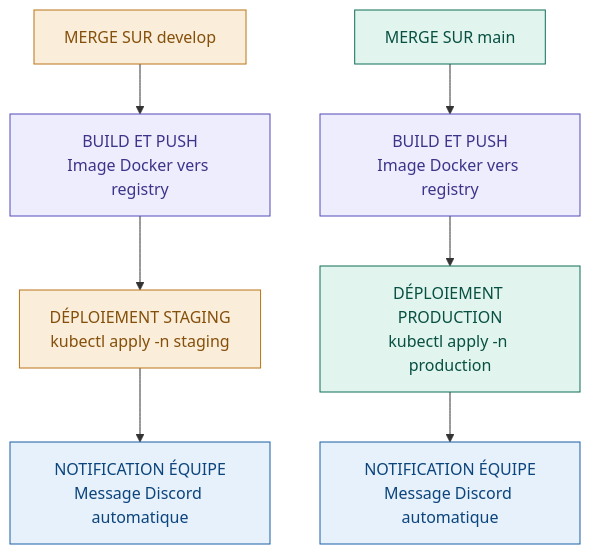
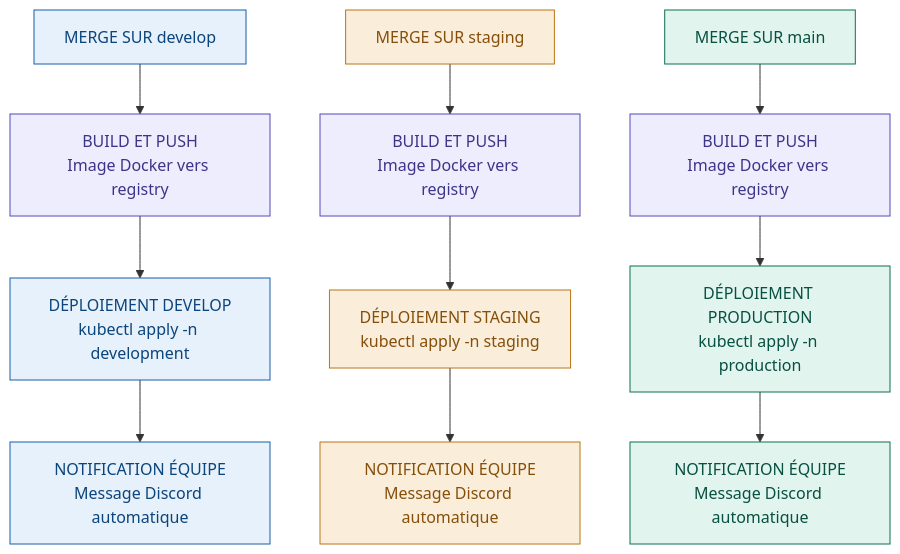
One commit to Collectionr/collectionr_epitech changed the third of 4 diagrams in docs/devops/D02-cicd.md. Above: the diagram before and after it, drawn with Mermaid. The commit also changed other lines of this file, not shown here.

Commit message:
:memo: chore: modification des schéma et rôles

````diff
--- a/docs/devops/D02-cicd.md
+++ b/docs/devops/D02-cicd.md
@@ -274,18 +280,25 @@
 ```mermaid
 graph TD
     Merge["MERGE SUR develop"] --> Build["BUILD ET PUSH\nImage Docker vers registry"]
-    Merge2["MERGE SUR main"] --> Build2["BUILD ET PUSH\nImage Docker vers registry"]
-    Build --> Staging["DÉPLOIEMENT STAGING\nkubectl apply -n staging"]
-    Build2 --> Prod["DÉPLOIEMENT PRODUCTION\nkubectl apply -n production"]
-    Staging --> NotifStaging["NOTIFICATION ÉQUIPE\nMessage Discord automatique"]
-    Prod --> NotifProd["NOTIFICATION ÉQUIPE\nMessage Discord automatique"]
+    Merge2["MERGE SUR staging"] --> Build2["BUILD ET PUSH\nImage Docker vers registry"]
+    Merge3["MERGE SUR main"] --> Build3["BUILD ET PUSH\nImage Docker vers registry"]
+    Build --> DeployDev["DÉPLOIEMENT DEVELOP\nkubectl apply -n development"]
+    Build2 --> DeployStaging["DÉPLOIEMENT STAGING\nkubectl apply -n staging"]
+    Build3 --> DeployProd["DÉPLOIEMENT PRODUCTION\nkubectl apply -n production"]
+    DeployDev --> NotifDev["NOTIFICATION ÉQUIPE\nMessage Discord automatique"]
+    DeployStaging --> NotifStaging["NOTIFICATION ÉQUIPE\nMessage Discord automatique"]
+    DeployProd --> NotifProd["NOTIFICATION ÉQUIPE\nMessage Discord automatique"]
 
-    style Merge fill:#FAEEDA,stroke:#BA7517,color:#854F0B
-    style Merge2 fill:#E1F5EE,stroke:#0F6E56,color:#085041
+    style Merge fill:#E6F1FB,stroke:#185FA5,color:#0C447C
+    style Merge2 fill:#FAEEDA,stroke:#BA7517,color:#854F0B
+    style Merge3 fill:#E1F5EE,stroke:#0F6E56,color:#085041
     style Build fill:#EEEDFE,stroke:#534AB7,color:#3C3489
     style Build2 fill:#EEEDFE,stroke:#534AB7,color:#3C3489
-    style Staging fill:#FAEEDA,stroke:#BA7517,color:#854F0B
-    style Prod fill:#E1F5EE,stroke:#0F6E56,color:#085041
-    style NotifStaging fill:#E6F1FB,stroke:#185FA5,color:#0C447C
-    style NotifProd fill:#E6F1FB,stroke:#185FA5,color:#0C447C
+    style Build3 fill:#EEEDFE,stroke:#534AB7,color:#3C3489
+    style DeployDev fill:#E6F1FB,stroke:#185FA5,color:#0C447C
+    style DeployStaging fill:#FAEEDA,stroke:#BA7517,color:#854F0B
+    style DeployProd fill:#E1F5EE,stroke:#0F6E56,color:#085041
+    style NotifDev fill:#E6F1FB,stroke:#185FA5,color:#0C447C
+    style NotifStaging fill:#FAEEDA,stroke:#BA7517,color:#854F0B
+    style NotifProd fill:#E1F5EE,stroke:#0F6E56,color:#085041
 ```
````
